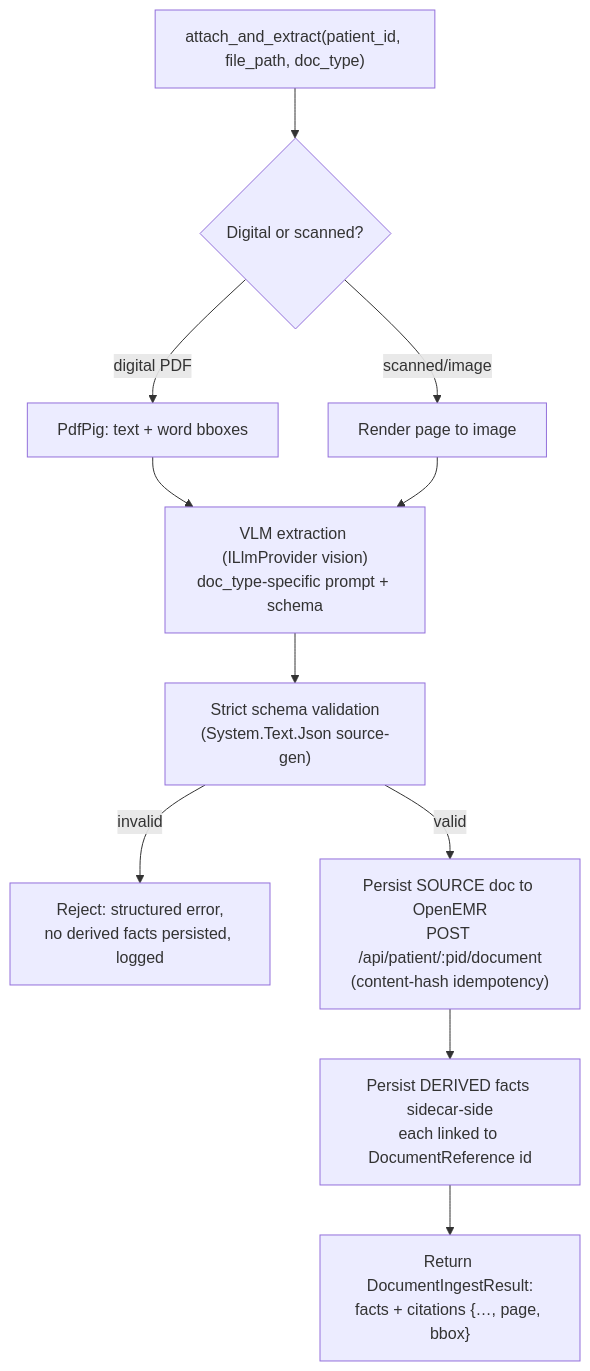
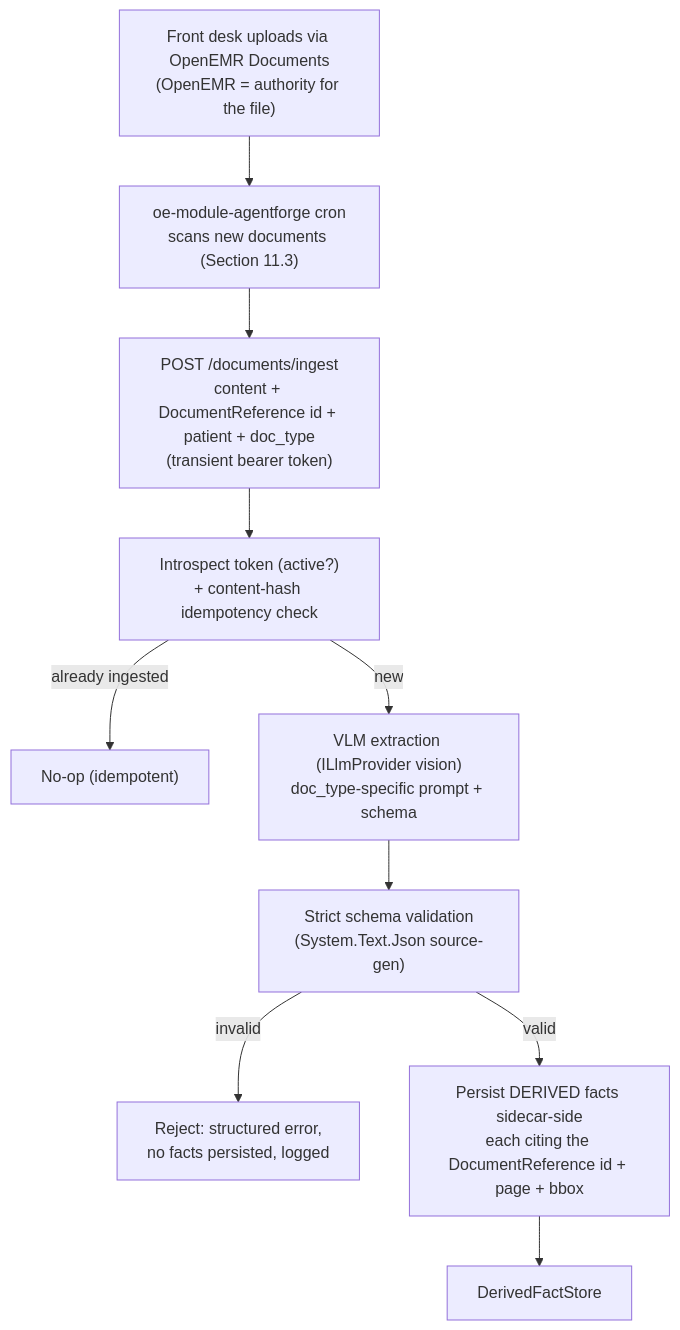
One commit to adammarquette/agent-forge-copilot changed the first of 4 diagrams in documentation/W2_ARCHITECTURE.md. Above: the diagram before and after it, drawn with Mermaid. The commit also changed other lines of this file, not shown here.

First line of the commit message:
docs(w2): update W2_ARCHITECTURE for the Option 2 ingestion pivot

````diff
--- a/documentation/W2_ARCHITECTURE.md
+++ b/documentation/W2_ARCHITECTURE.md
@@ -122,13 +125,12 @@
 ```mermaid
 flowchart TD
-    A["attach_and_extract(patient_id, file_path, doc_type)"] --> B{Digital or scanned?}
-    B -->|digital PDF| C["PdfPig: text + word bboxes"]
-    B -->|scanned/image| D["Render page to image"]
-    C --> E["VLM extraction (ILlmProvider vision)<br/>doc_type-specific prompt + schema"]
-    D --> E
+    U["Front desk uploads via OpenEMR Documents<br/>(OpenEMR = authority for the file)"] --> K["oe-module-agentforge cron<br/>scans new documents (Section 11.3)"]
+    K --> P["POST /documents/ingest<br/>content + DocumentReference id + patient + doc_type<br/>(transient bearer token)"]
+    P --> V["Introspect token (active?)<br/>+ content-hash idempotency check"]
+    V -->|already ingested| Z["No-op (idempotent)"]
+    V -->|new| E["VLM extraction (ILlmProvider vision)<br/>doc_type-specific prompt + schema"]
     E --> F["Strict schema validation<br/>(System.Text.Json source-gen)"]
-    F -->|invalid| G["Reject: structured error,<br/>no derived facts persisted, logged"]
-    F -->|valid| H["Persist SOURCE doc to OpenEMR<br/>POST /api/patient/:pid/document<br/>(content-hash idempotency)"]
-    H --> I["Persist DERIVED facts sidecar-side<br/>each linked to DocumentReference id"]
-    I --> J["Return DocumentIngestResult:<br/>facts + citations {…, page, bbox}"]
+    F -->|invalid| G["Reject: structured error,<br/>no facts persisted, logged"]
+    F -->|valid| I["Persist DERIVED facts sidecar-side<br/>each citing the DocumentReference id + page + bbox"]
+    I --> J["DerivedFactStore"]
 ```
````
